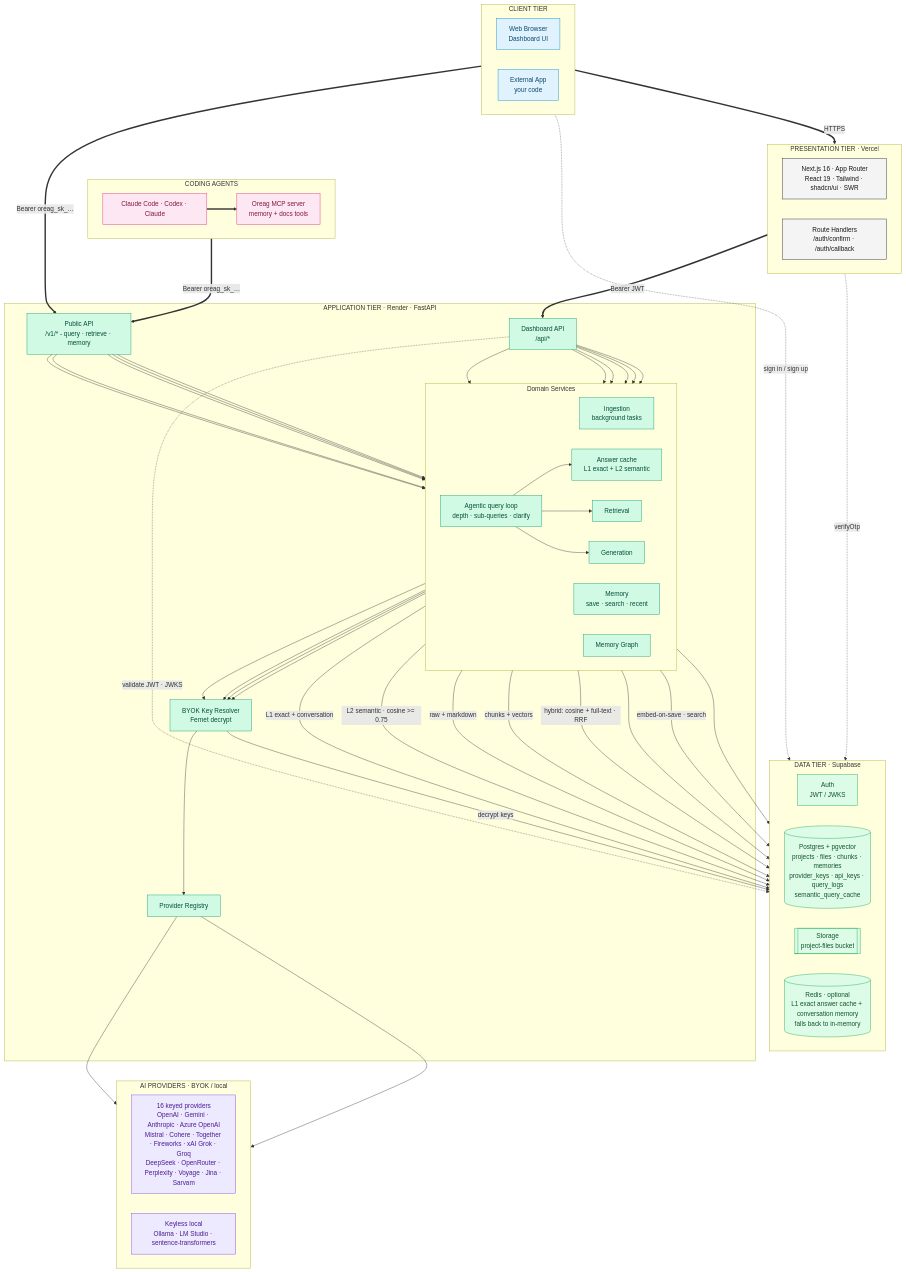
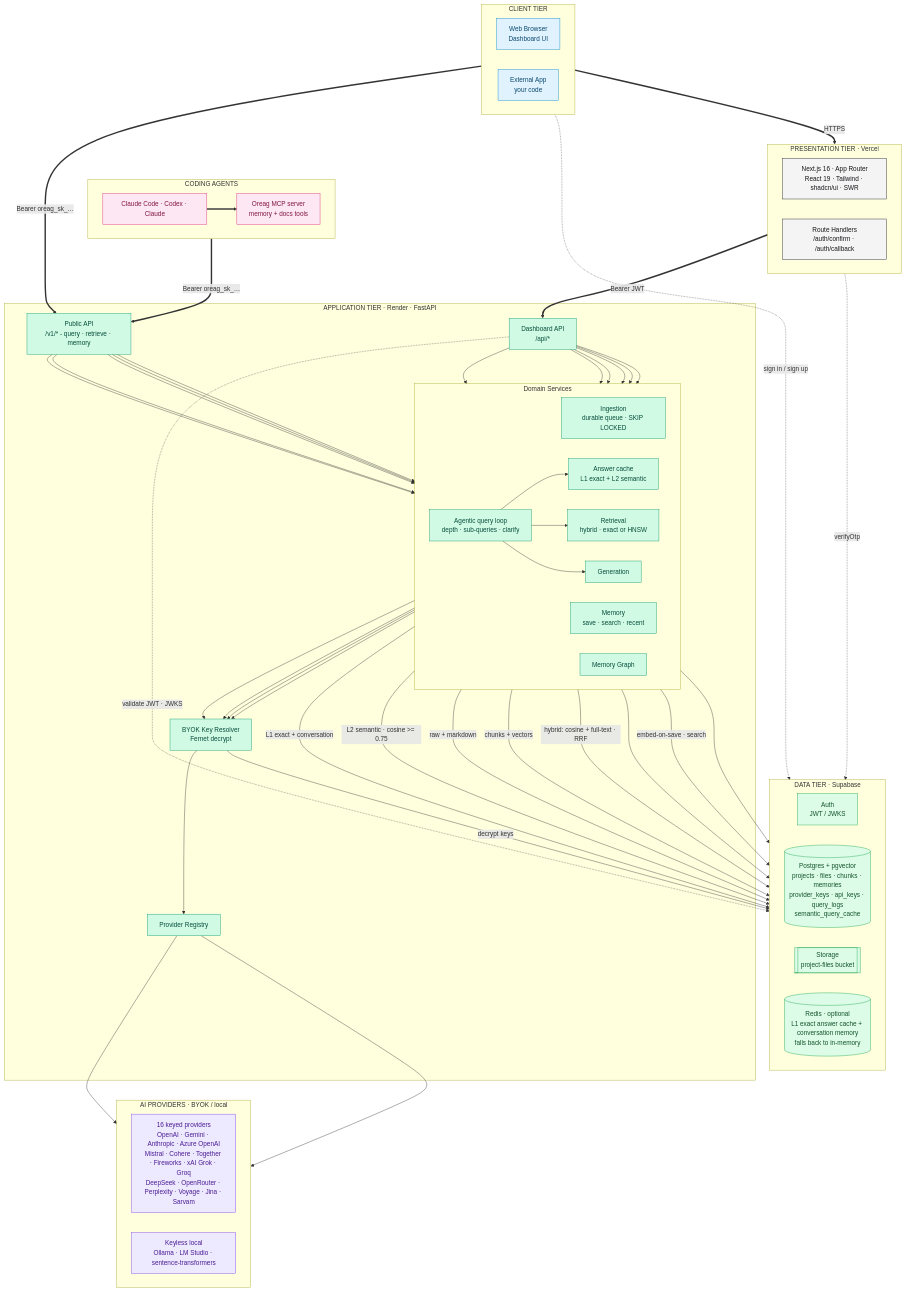
One commit to haroontrailblazer/Oreag changed the first of 11 diagrams in FLOW.md. Above: the diagram before and after it, drawn with Mermaid. The commit also changed other lines of this file and 4 other files, not shown here.

```diff
--- a/FLOW.md
+++ b/FLOW.md
@@ -73,8 +76,8 @@
         PublicAPI["Public API<br/>/v1/* - query · retrieve · memory"]
         subgraph services["Domain Services"]
             direction LR
-            Ingest["Ingestion<br/>background tasks"]
-            Retrieve["Retrieval"]
+            Ingest["Ingestion<br/>durable queue · SKIP LOCKED"]
+            Retrieve["Retrieval<br/>hybrid · exact or HNSW"]
             Generate["Generation"]
             Agentic["Agentic query loop<br/>depth · sub-queries · clarify"]
             QCache["Answer cache<br/>L1 exact + L2 semantic"]
```
